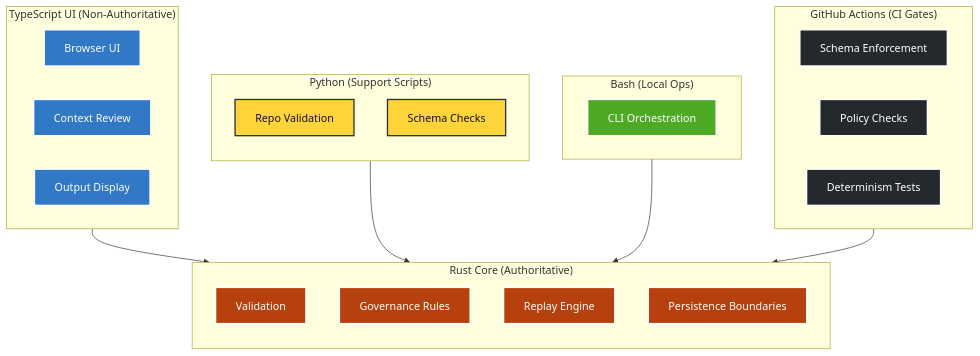
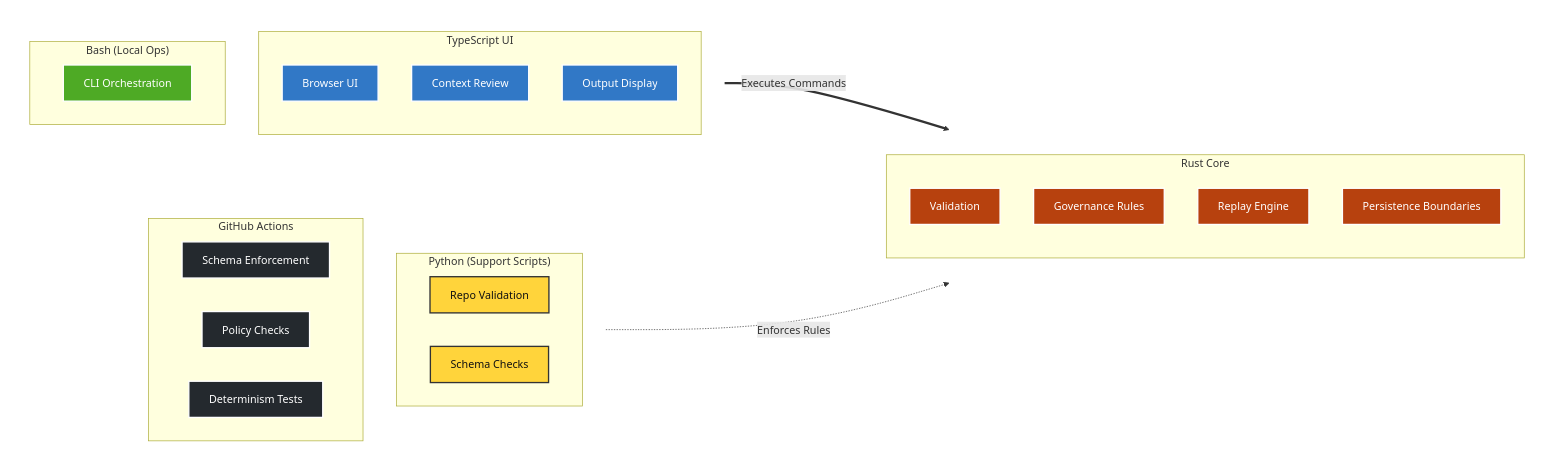
The diagram in README.md (irgordon/ajentic), drawn with Mermaid before and after one commit.

Commit message:
Revise architecture diagram in README

````diff
--- a/README.md
+++ b/README.md
@@ -113,44 +113,61 @@
 ```mermaid
-flowchart TB
+flowchart LR
 
-    subgraph RustCore["Rust Core (Authoritative)"]
-    direction TB
-    A1[Validation]:::rust
-    A2[Governance Rules]:::rust
-    A3[Replay Engine]:::rust
-    A4[Persistence Boundaries]:::rust
+    %% Group 1: User & System Interfaces
+    subgraph InteractionLayer ["Interaction Layer (Non-Authoritative)"]
+        direction TB
+        subgraph TSUILayer ["TypeScript UI"]
+            direction TB
+            D1[Browser UI]:::ts
+            D2[Context Review]:::ts
+            D3[Output Display]:::ts
+        end
+        
+        subgraph BashLayer ["Bash (Local Ops)"]
+            C1[CLI Orchestration]:::bash
+        end
     end
 
-    subgraph PythonLayer["Python (Support Scripts)"]
-    direction TB
-    B1[Repo Validation]:::python
-    B2[Schema Checks]:::python
+    %% Group 2: The Core Engine
+    subgraph CoreLayer ["Central Authority"]
+        direction TB
+        subgraph RustCore ["Rust Core"]
+            direction TB
+            A1[Validation]:::rust
+            A2[Governance Rules]:::rust
+            A3[Replay Engine]:::rust
+            A4[Persistence Boundaries]:::rust
+        end
     end
 
-    subgraph BashLayer["Bash (Local Ops)"]
-    C1[CLI Orchestration]:::bash
+    %% Group 3: Tooling & Enforcement
+    subgraph SupportLayer ["Validation & CI Gates"]
+        direction TB
+        subgraph PythonLayer ["Python (Support Scripts)"]
+            B1[Repo Validation]:::python
+            B2[Schema Checks]:::python
+        end
+        
+        subgraph CI ["GitHub Actions"]
+            E1[Schema Enforcement]:::ci
+            E2[Policy Checks]:::ci
+            E3[Determinism Tests]:::ci
+        end
     end
 
-    subgraph TSUILayer["TypeScript UI (Non‑Authoritative)"]
-    D1[Browser UI]:::ts
-    D2[Context Review]:::ts
-    D3[Output Display]:::ts
-    end
+    %% Define the data/control flow 
+    InteractionLayer == "Executes Commands" ==> CoreLayer
+    SupportLayer -. "Enforces Rules" .-> CoreLayer
 
-    subgraph CI["GitHub Actions (CI Gates)"]
-    E1[Schema Enforcement]:::ci
-    E2[Policy Checks]:::ci
-    E3[Determinism Tests]:::ci
-    end
-
-    TSUILayer --> RustCore
-    PythonLayer --> RustCore
-    BashLayer --> RustCore
-    CI --> RustCore
-
+    %% Styling configurations
     classDef rust fill:#B7410E,stroke:#fff,stroke-width:2px,color:#fff;
     classDef ts fill:#3178C6,stroke:#fff,stroke-width:2px,color:#fff;
     classDef python fill:#FFD43B,stroke:#333,stroke-width:2px,color:#111;
     classDef bash fill:#4EAA25,stroke:#fff,stroke-width:2px,color:#fff;
     classDef ci fill:#24292E,stroke:#fff,stroke-width:2px,color:#fff;
+    
+    %% Remove borders from the layout wrappers to keep it clean
+    style InteractionLayer fill:none,stroke:none,color:#fff
+    style CoreLayer fill:none,stroke:none,color:#fff
+    style SupportLayer fill:none,stroke:none,color:#fff
 ```
````
